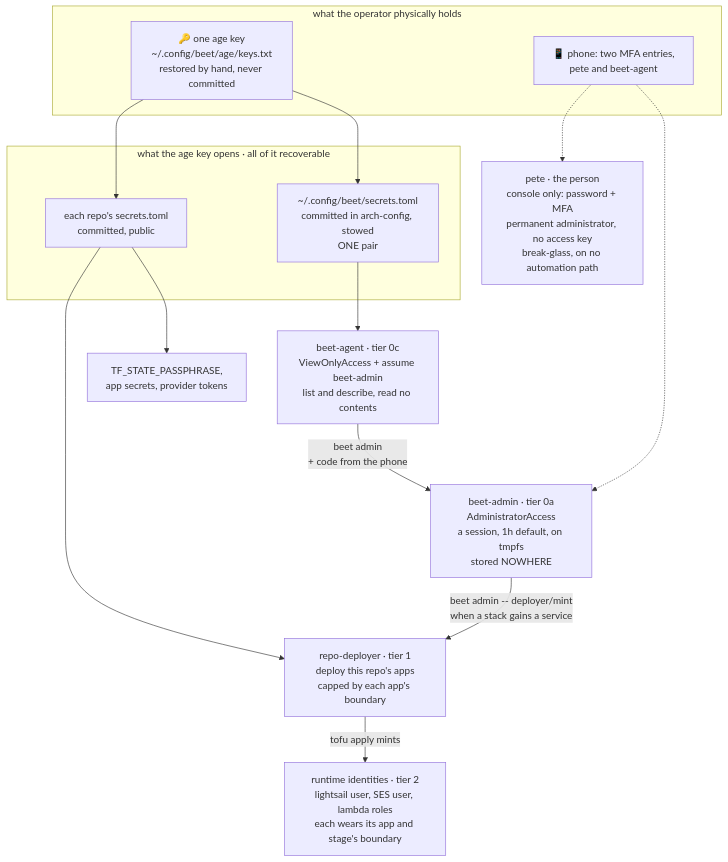
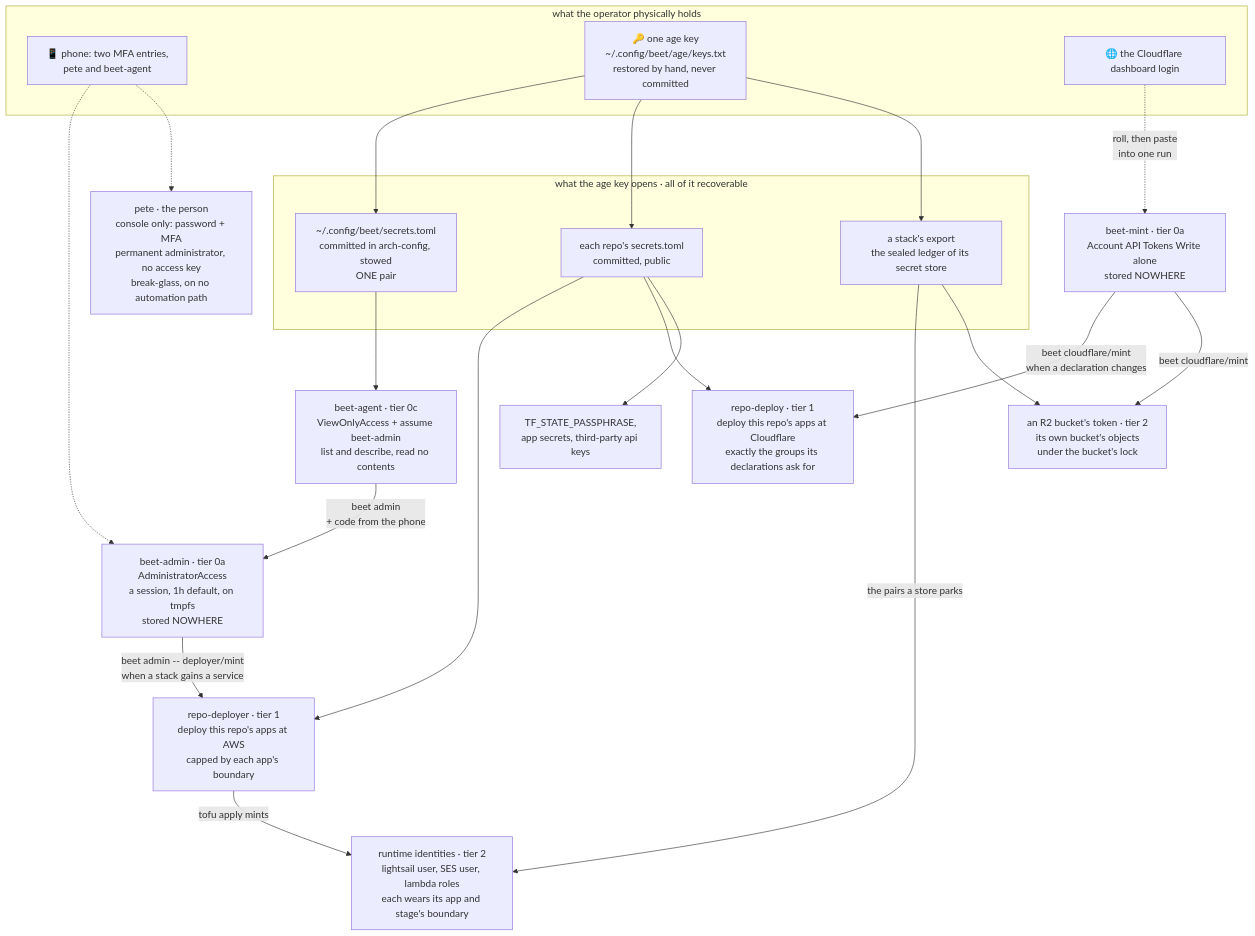
The diagram in site/routes/docs/secrets.md (mrchantey/beet), drawn with Mermaid before and after one commit. The commit also changed other lines of this file and 2 other files, not shown here.

````diff
--- a/site/routes/docs/secrets.md
+++ b/site/routes/docs/secrets.md
@@ -385,28 +387,37 @@
 ```mermaid
 flowchart TB
     subgraph you["what the operator physically holds"]
         phone["📱 phone: two MFA entries,<br/>pete and beet-agent"]
         age["🔑 one age key<br/>~/.config/beet/age/keys.txt<br/>restored by hand, never committed"]
+        login["🌐 the Cloudflare dashboard login"]
     end
 
     subgraph sealed["what the age key opens · all of it recoverable"]
         global["~/.config/beet/secrets.toml<br/>committed in arch-config, stowed<br/>ONE pair"]
         repo["each repo's secrets.toml<br/>committed, public"]
+        ledger["a stack's export<br/>the sealed ledger of its secret store"]
     end
 
     age --> global
     age --> repo
+    age --> ledger
 
     global --> agent["beet-agent · tier 0c<br/>ViewOnlyAccess + assume beet-admin<br/>list and describe, read no contents"]
-    repo --> deployer["repo-deployer · tier 1<br/>deploy this repo's apps<br/>capped by each app's boundary"]
-    repo --> other["TF_STATE_PASSPHRASE,<br/>app secrets, provider tokens"]
+    repo --> deployer["repo-deployer · tier 1<br/>deploy this repo's apps at AWS<br/>capped by each app's boundary"]
+    repo --> cfdeploy["repo-deploy · tier 1<br/>deploy this repo's apps at Cloudflare<br/>exactly the groups its declarations ask for"]
+    repo --> other["TF_STATE_PASSPHRASE,<br/>app secrets, third-party api keys"]
 
     agent -->|"beet admin<br/>+ code from the phone"| admin["beet-admin · tier 0a<br/>AdministratorAccess<br/>a session, 1h default, on tmpfs<br/>stored NOWHERE"]
     phone -.-> admin
+    login -.->|"roll, then paste<br/>into one run"| mint["beet-mint · tier 0a<br/>Account API Tokens Write alone<br/>stored NOWHERE"]
 
     deployer -->|"tofu apply mints"| runtime["runtime identities · tier 2<br/>lightsail user, SES user, lambda roles<br/>each wears its app and stage's boundary"]
     admin -->|"beet admin -- deployer/mint<br/>when a stack gains a service"| deployer
+    mint -->|"beet cloudflare/mint<br/>when a declaration changes"| cfdeploy
+    mint -->|"beet cloudflare/mint"| bucket["an R2 bucket's token · tier 2<br/>its own bucket's objects<br/>under the bucket's lock"]
+    ledger -->|"the pairs a store parks"| runtime
+    ledger --> bucket
 
     pete["pete · the person<br/>console only: password + MFA<br/>permanent administrator, no access key<br/>break-glass, on no automation path"]
     phone -.-> pete
 ```
````
